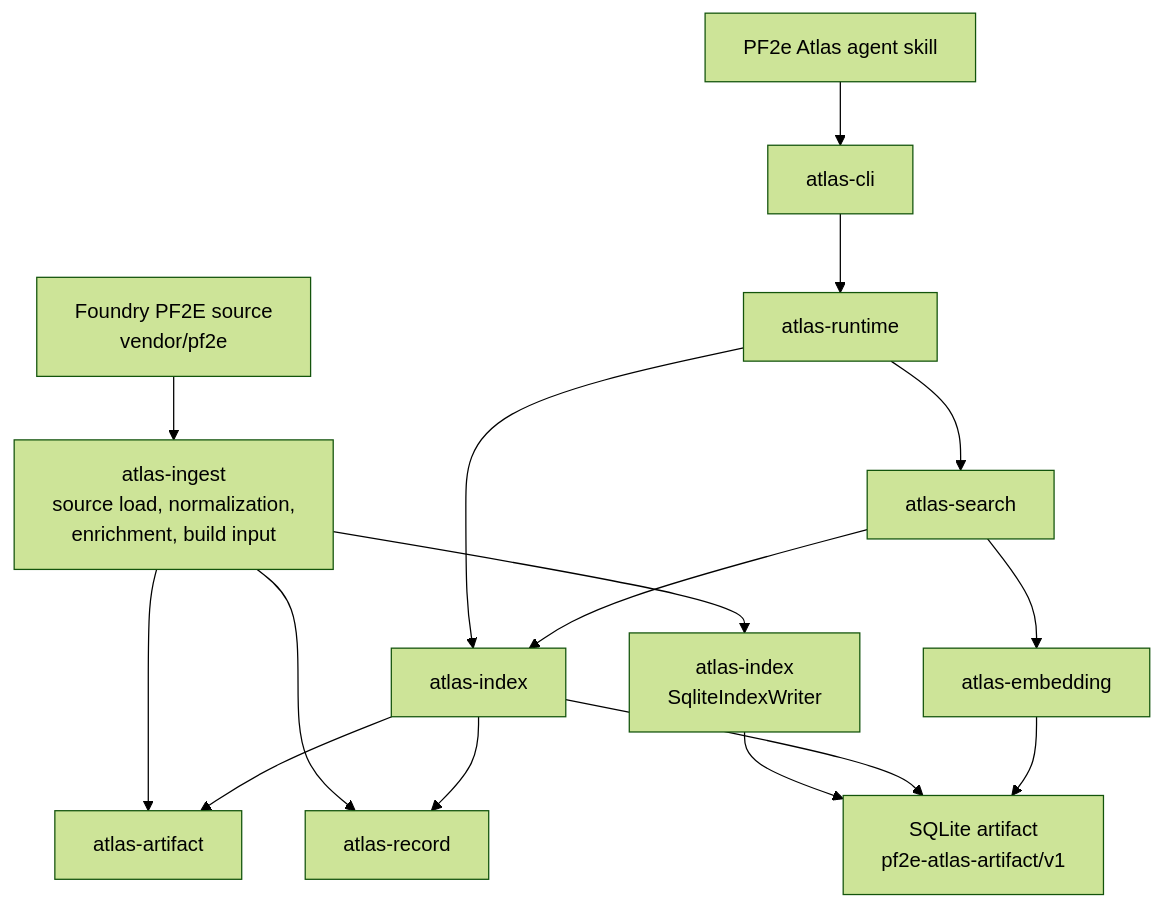
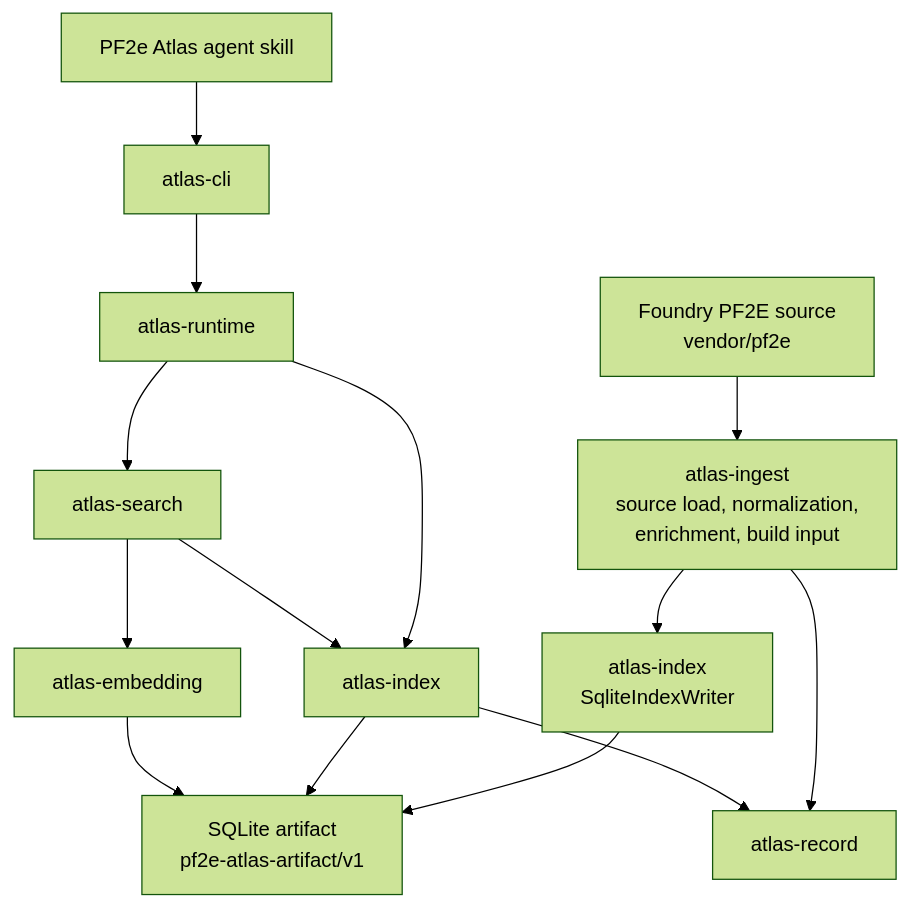
The diagram in docs/architecture/overview.md (e-kosten/pf2e-atlas), drawn with Mermaid (forest theme) before and after one commit. The commit also changed other lines of this file and 128 other files, not shown here.

````diff
--- a/docs/architecture/overview.md
+++ b/docs/architecture/overview.md
@@ -29,19 +29,17 @@
 ```mermaid
 flowchart TD
     pf2e["Foundry PF2E source<br/>vendor/pf2e"] --> ingest["atlas-ingest<br/>source load, normalization,<br/>enrichment, build input"]
     ingest --> indexWriter["atlas-index<br/>SqliteIndexWriter"]
     indexWriter --> artifactDb["SQLite artifact<br/>pf2e-atlas-artifact/v1"]
 
     skill["PF2e Atlas agent skill"] --> cli["atlas-cli"]
     cli --> runtime["atlas-runtime"]
     runtime --> search["atlas-search"]
     runtime --> index["atlas-index"]
     search --> index
     search --> embedding["atlas-embedding"]
     index --> artifactDb
     embedding --> artifactDb
     ingest --> record["atlas-record"]
-    ingest --> artifact["atlas-artifact"]
     index --> record
-    index --> artifact
 ```
````
